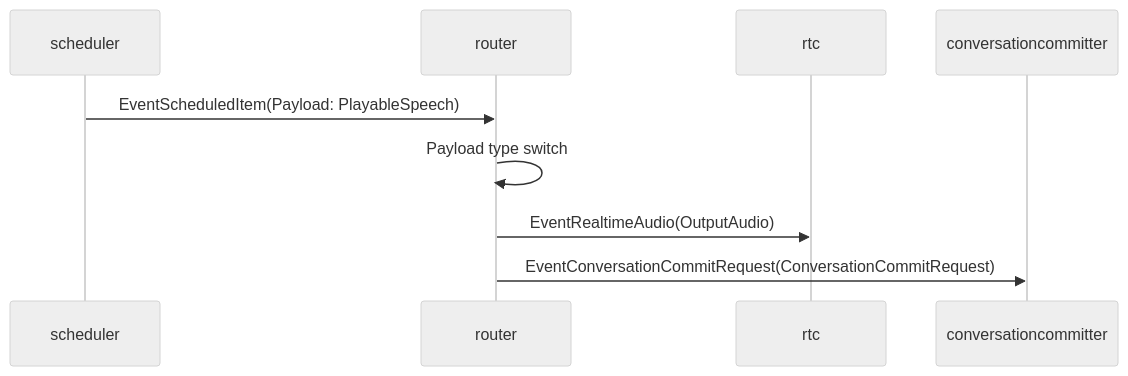
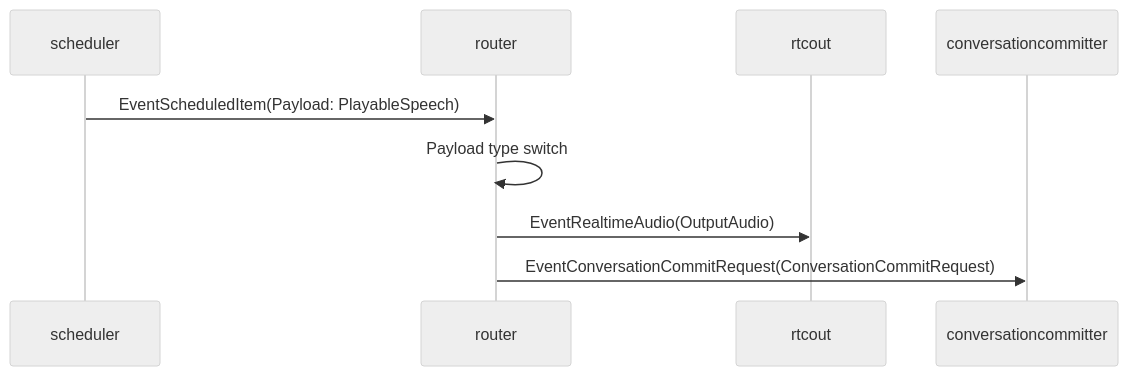
The first of 3 diagrams in docs/components/router.md (tetetratra/smart-speaker), drawn with Mermaid (neutral theme) before and after one commit. The commit also changed other lines of this file and 11 other files, not shown here.

````diff
--- a/docs/components/router.md
+++ b/docs/components/router.md
@@ -69,12 +69,12 @@
 ```mermaid
 sequenceDiagram
     participant Scheduler as scheduler
     participant Router as router
-    participant RTC as rtc
+    participant RTCOut as rtcout
     participant Committer as conversationcommitter
 
     Scheduler->>Router: EventScheduledItem(Payload: PlayableSpeech)
     Router->>Router: Payload type switch
-    Router->>RTC: EventRealtimeAudio(OutputAudio)
+    Router->>RTCOut: EventRealtimeAudio(OutputAudio)
     Router->>Committer: EventConversationCommitRequest(ConversationCommitRequest)
 ```
````
